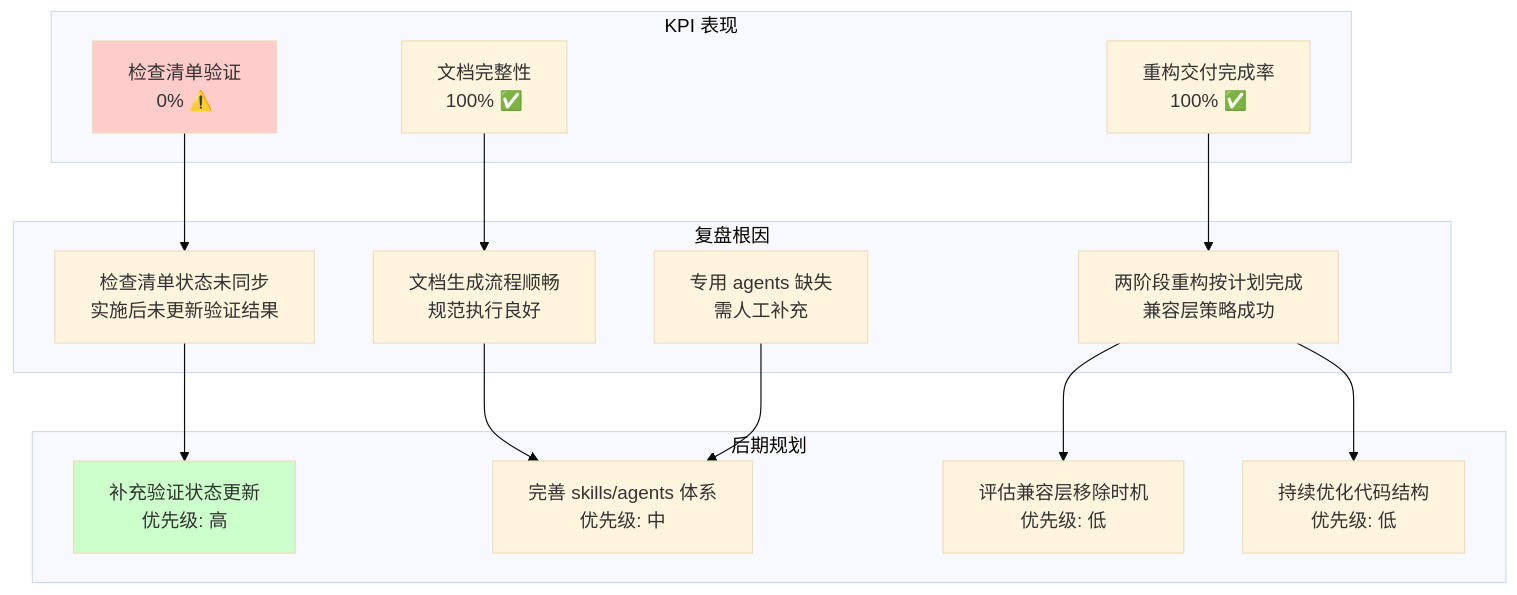
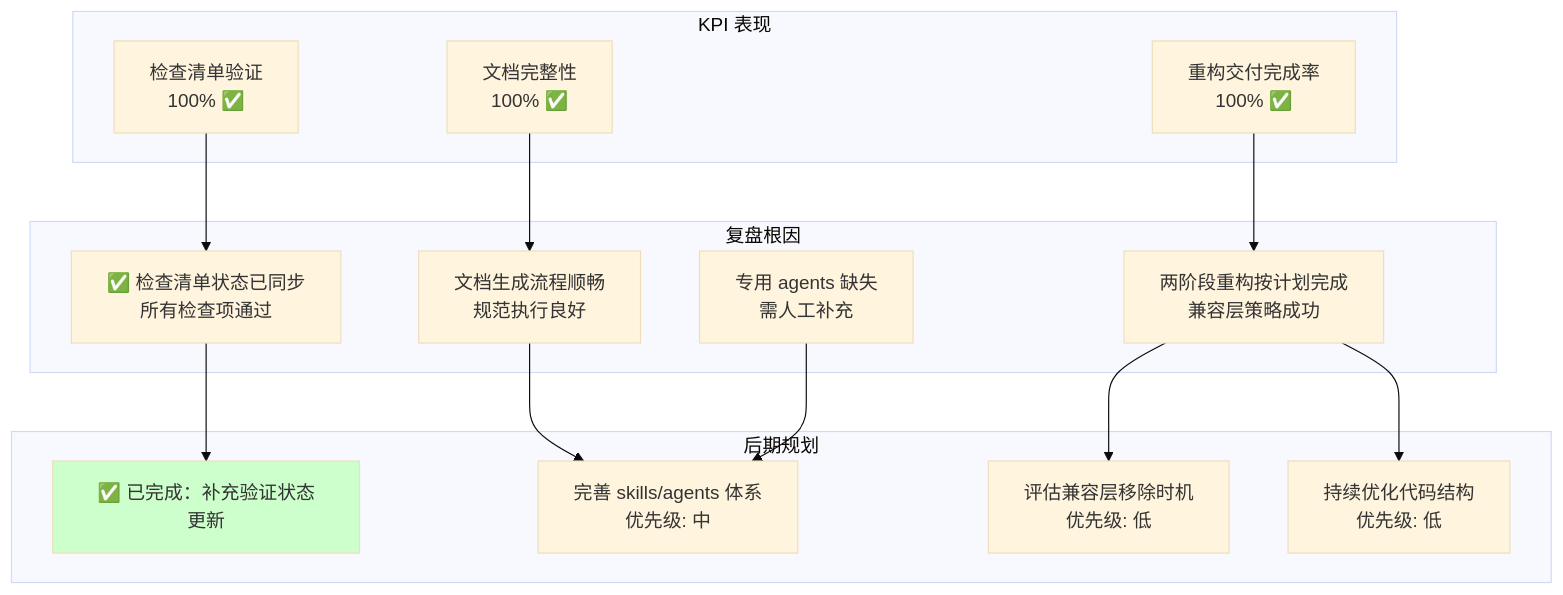
One commit to effiy/YiPet changed the first of 2 diagrams in docs/周报/2026-W17.md. Above: the diagram before and after it, drawn with Mermaid (base theme). The commit also changed other lines of this file and 2 other files, not shown here.

````diff
--- a/docs/周报/2026-W17.md
+++ b/docs/周报/2026-W17.md
@@ -69,35 +70,34 @@
 ```mermaid
 flowchart TB
     subgraph KPI["KPI 表现"]
         K1["重构交付完成率<br>100% ✅"]
         K2["文档完整性<br>100% ✅"]
-        K3["检查清单验证<br>0% ⚠️"]
+        K3["检查清单验证<br>100% ✅"]
     end
 
     subgraph ROOT["复盘根因"]
         R1["两阶段重构按计划完成<br>兼容层策略成功"]
         R2["文档生成流程顺畅<br>规范执行良好"]
-        R3["检查清单状态未同步<br>实施后未更新验证结果"]
+        R3["✅ 检查清单状态已同步<br>所有检查项通过"]
         R4["专用 agents 缺失<br>需人工补充"]
     end
 
     subgraph PLAN["后期规划"]
-        P1["补充验证状态更新<br>优先级: 高"]
+        P1["✅ 已完成：补充验证状态更新"]
         P2["完善 skills/agents 体系<br>优先级: 中"]
         P3["评估兼容层移除时机<br>优先级: 低"]
         P4["持续优化代码结构<br>优先级: 低"]
     end
 
     K1 --> R1
     K2 --> R2
     K3 --> R3
 
     R1 --> P3
     R1 --> P4
     R2 --> P2
     R3 --> P1
     R4 --> P2
 
-    style K3 fill:#ffcccc
     style P1 fill:#ccffcc
 ```
````
